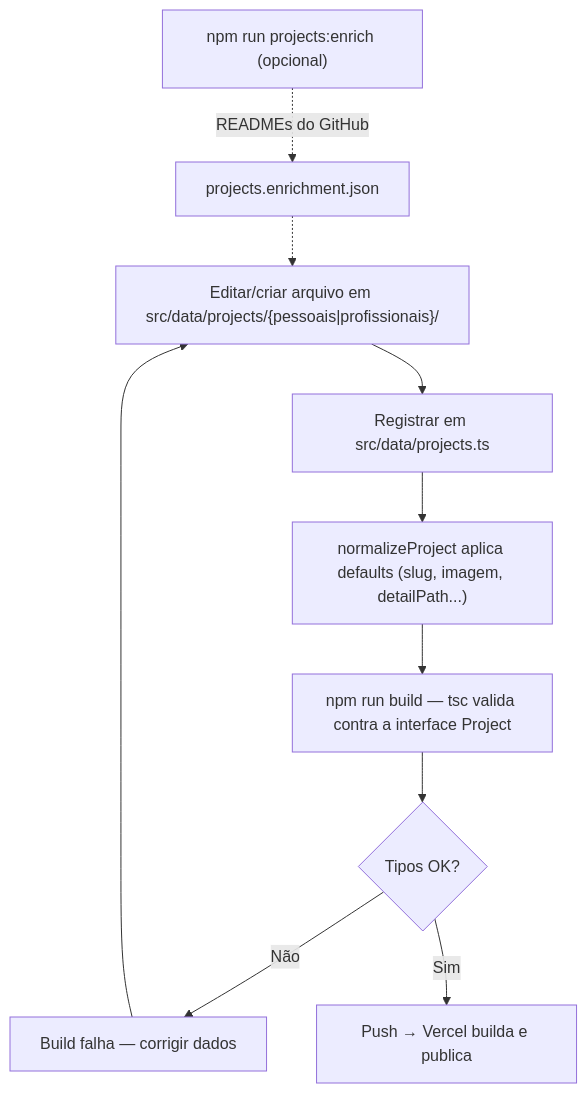
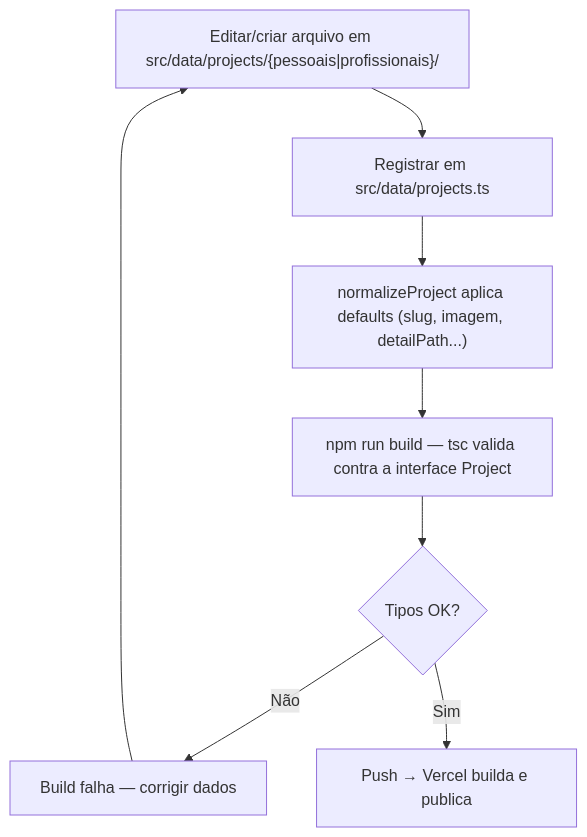
One commit to Victorkaue333/my-portfolio-vk changed the third of 5 diagrams in README.md. Above: the diagram before and after it, drawn with Mermaid. The commit also changed other lines of this file and 8 other files, not shown here.

First line of the commit message:
chore(build): remover o script projects:enrich e o JSON gerado

````diff
--- a/README.md
+++ b/README.md
@@ -226,12 +226,10 @@
 ```mermaid
 flowchart TD
     A["Editar/criar arquivo em src/data/projects/{pessoais|profissionais}/"] --> B["Registrar em src/data/projects.ts"]
     B --> C["normalizeProject aplica defaults (slug, imagem, detailPath...)"]
     C --> D["npm run build — tsc valida contra a interface Project"]
     D --> E{"Tipos OK?"}
     E -- "Não" --> F["Build falha — corrigir dados"]
     F --> A
     E -- "Sim" --> G["Push → Vercel builda e publica"]
-    H["npm run projects:enrich (opcional)"] -.->|"READMEs do GitHub"| I["projects.enrichment.json"]
-    I -.-> A
 ```
````
